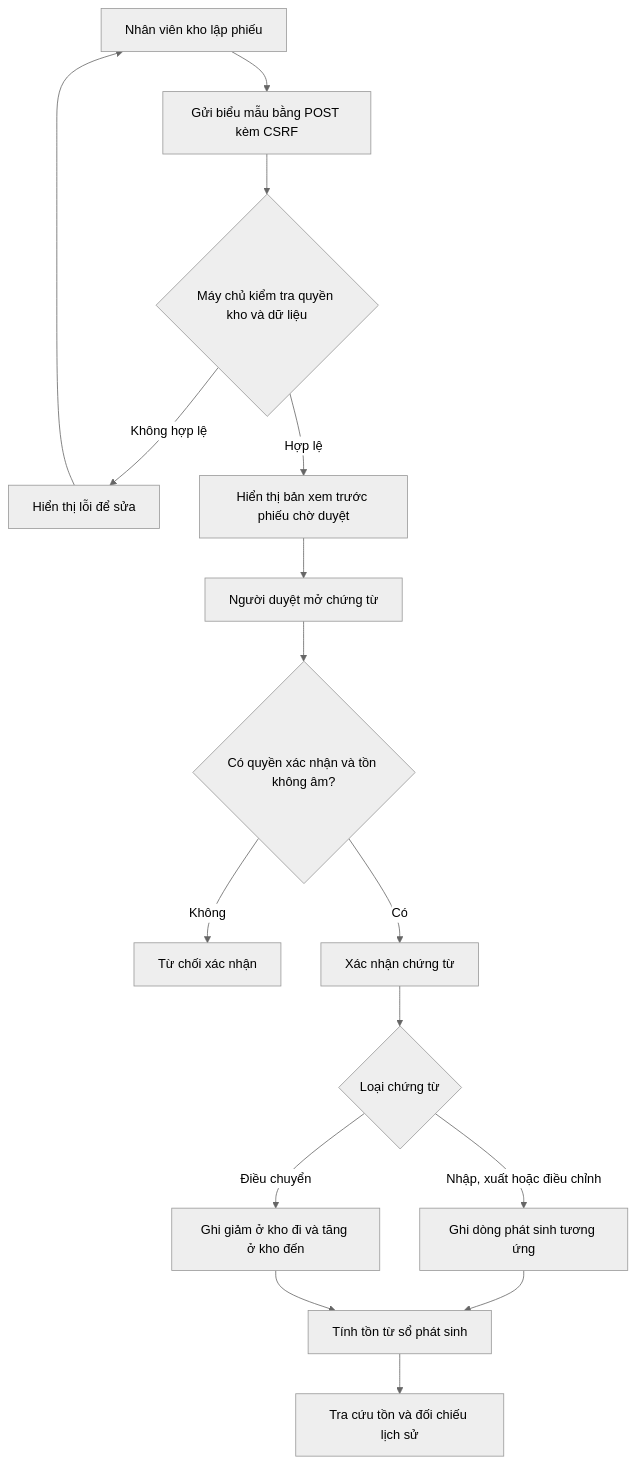
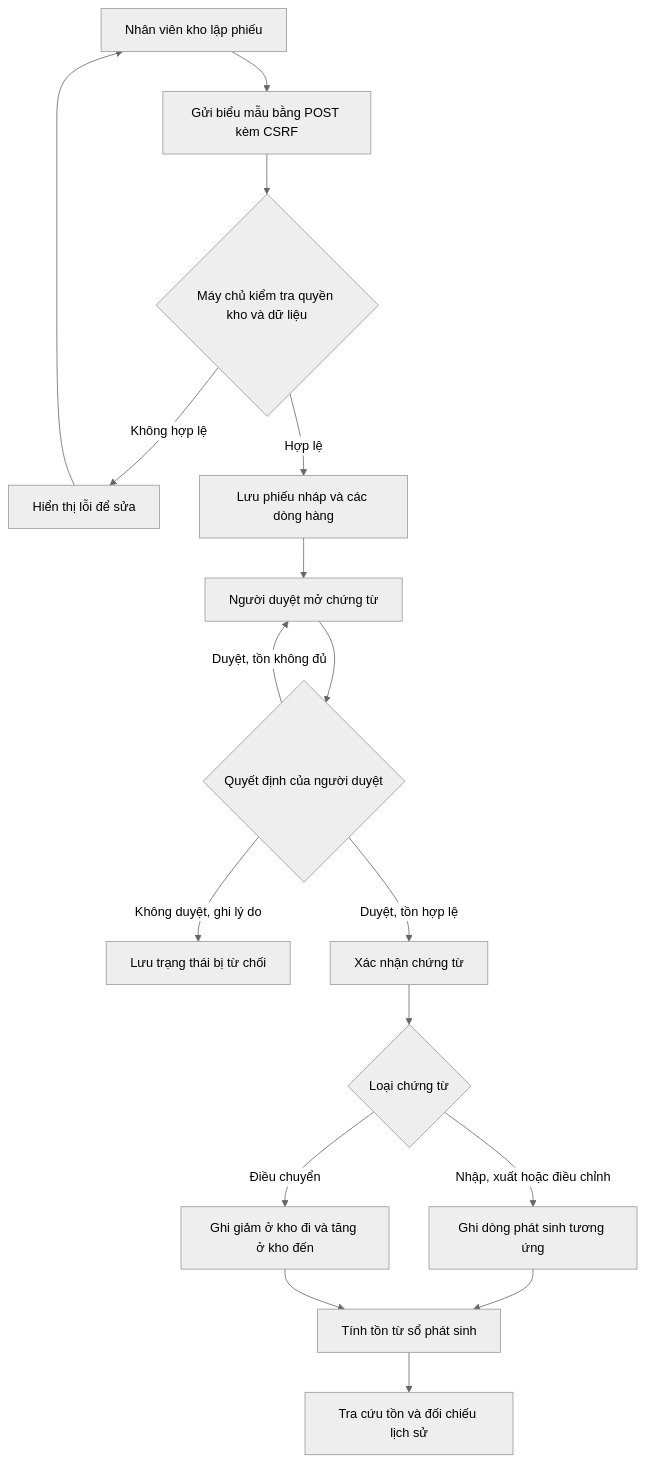
The second of 3 diagrams in README.md (Tuannnk/PTPMMNM-CNTT-1812-NHOM-5), drawn with Mermaid (neutral theme) before and after one commit. The commit also changed other lines of this file and 11 other files, not shown here.

Commit message:
thêm chức năng Lập, kiểm tra và xác nhận, từ chối phiếu nhập, xuất; tra cứu số tồn từ các dòng phát sinh đã ghi nhận.

````diff
--- a/README.md
+++ b/README.md
@@ -57,18 +57,19 @@
 ```mermaid
 flowchart TD
     A[Nhân viên kho lập phiếu] --> B[Gửi biểu mẫu bằng POST kèm CSRF]
     B --> C{Máy chủ kiểm tra quyền kho và dữ liệu}
     C -->|Không hợp lệ| D[Hiển thị lỗi để sửa]
     D --> A
-    C -->|Hợp lệ| E[Hiển thị bản xem trước phiếu chờ duyệt]
+    C -->|Hợp lệ| E[Lưu phiếu nháp và các dòng hàng]
     E --> F[Người duyệt mở chứng từ]
-    F --> G{Có quyền xác nhận và tồn không âm?}
-    G -->|Không| H[Từ chối xác nhận]
-    G -->|Có| I[Xác nhận chứng từ]
+    F --> G{Quyết định của người duyệt}
+    G -->|Không duyệt, ghi lý do| H[Lưu trạng thái bị từ chối]
+    G -->|Duyệt, tồn hợp lệ| I[Xác nhận chứng từ]
+    G -->|Duyệt, tồn không đủ| F
     I --> J{Loại chứng từ}
     J -->|Nhập, xuất hoặc điều chỉnh| K[Ghi dòng phát sinh tương ứng]
     J -->|Điều chuyển| L[Ghi giảm ở kho đi và tăng ở kho đến]
     K --> M[Tính tồn từ sổ phát sinh]
     L --> M
     M --> N[Tra cứu tồn và đối chiếu lịch sử]
 ```
````
